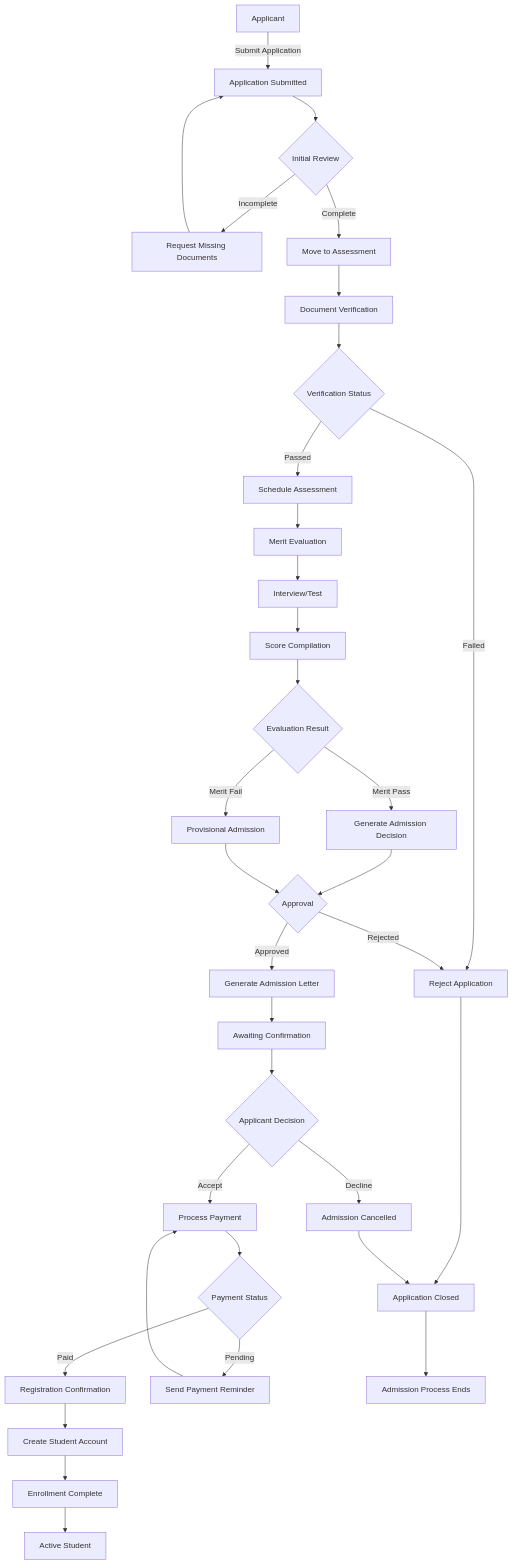
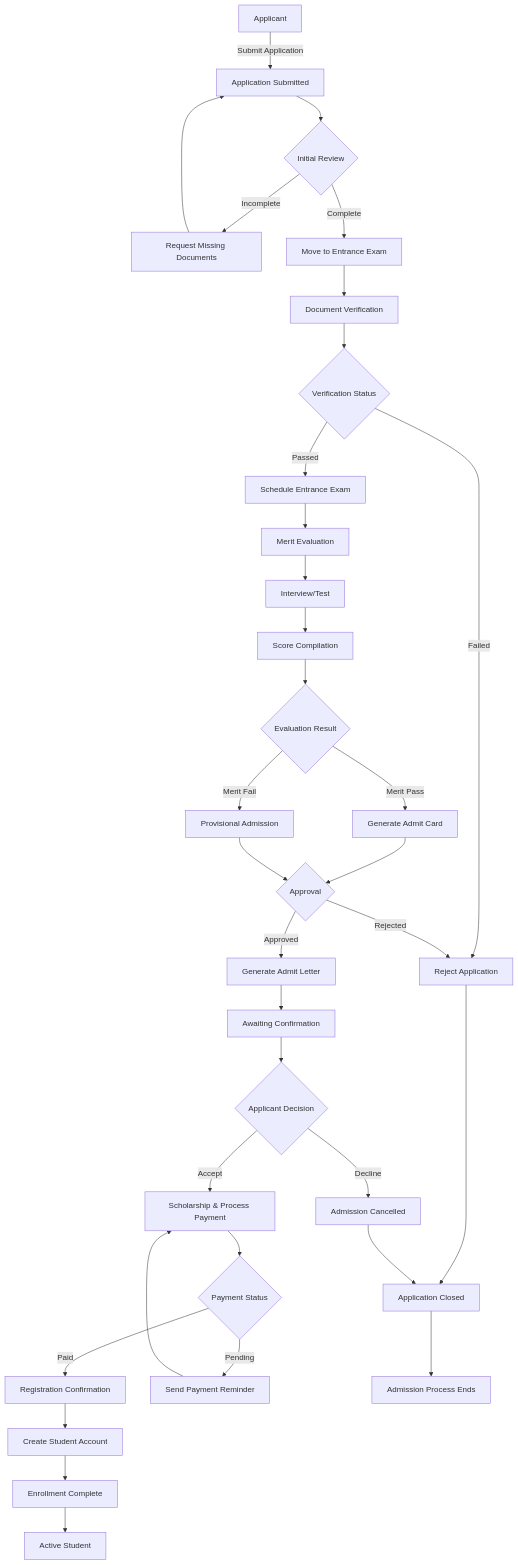
One commit to Tech4socialsector/SLCM changed the diagram in admission_workflow.md. Above: the diagram before and after it, drawn with Mermaid.

Commit message:
update admission flow

````diff
--- a/admission_workflow.md
+++ b/admission_workflow.md
@@ -49,45 +49,45 @@
 ```mermaid
 graph TD
     A[Applicant] -->|Submit Application| B[Application Submitted]
     B --> C{Initial Review}
     C -->|Incomplete| D[Request Missing Documents]
     D --> B
-    C -->|Complete| E[Move to Assessment]
+    C -->|Complete| E[Move to Entrance Exam]
     
     E --> F[Document Verification]
     F --> G{Verification Status}
     G -->|Failed| H[Reject Application]
-    G -->|Passed| I[Schedule Assessment]
+    G -->|Passed| I[Schedule Entrance Exam]
     
     I --> J[Merit Evaluation]
     J --> K[Interview/Test]
     K --> L[Score Compilation]
     
     L --> M{Evaluation Result}
-    M -->|Merit Pass| N[Generate Admission Decision]
+    M -->|Merit Pass| N[Generate Admit Card]
     M -->|Merit Fail| O[Provisional Admission]
     
     N --> P{Approval}
     O --> P
-    P -->|Approved| Q[Generate Admission Letter]
+    P -->|Approved| Q[Generate Admit Letter]
     P -->|Rejected| H
     
     Q --> R[Awaiting Confirmation]
     R --> S{Applicant Decision}
-    S -->|Accept| T[Process Payment]
+    S -->|Accept| T[Scholarship & Process Payment]
     S -->|Decline| U[Admission Cancelled]
     
     T --> V{Payment Status}
     V -->|Paid| W[Registration Confirmation]
     V -->|Pending| X[Send Payment Reminder]
     X --> T
     
     W --> Y[Create Student Account]
     Y --> Z[Enrollment Complete]
     
     H --> AA[Application Closed]
     U --> AA
     
     Z --> AB[Active Student]
     AA --> AC[Admission Process Ends]
 ```
````
